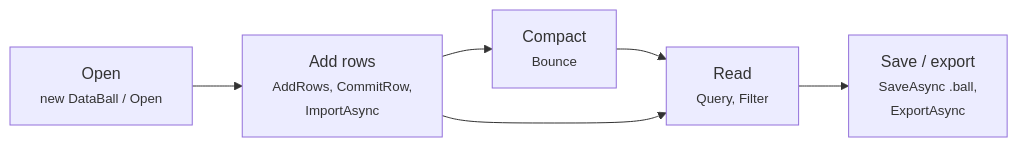
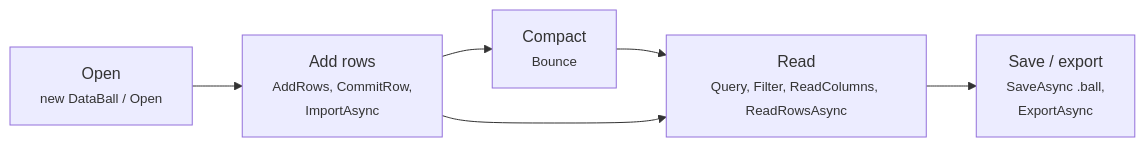
The second of 11 diagrams in docs/how-it-works.md (squalor-xyz/DataBall), drawn with Mermaid before and after one commit. The commit also changed other lines of this file and 17 other files, not shown here.

````diff
--- a/docs/how-it-works.md
+++ b/docs/how-it-works.md
@@ -25,8 +25,8 @@
 ```mermaid
 flowchart LR
     Open["Open<br/><small>new DataBall / Open</small>"] --> Write["Add rows<br/><small>AddRows, CommitRow,<br/>ImportAsync</small>"]
     Write --> Compact["Compact<br/><small>Bounce</small>"]
-    Compact --> Read["Read<br/><small>Query, Filter</small>"]
+    Compact --> Read["Read<br/><small>Query, Filter, ReadColumns, ReadRowsAsync</small>"]
     Write --> Read
     Read --> Out["Save / export<br/><small>SaveAsync .ball,<br/>ExportAsync</small>"]
 ```
````
